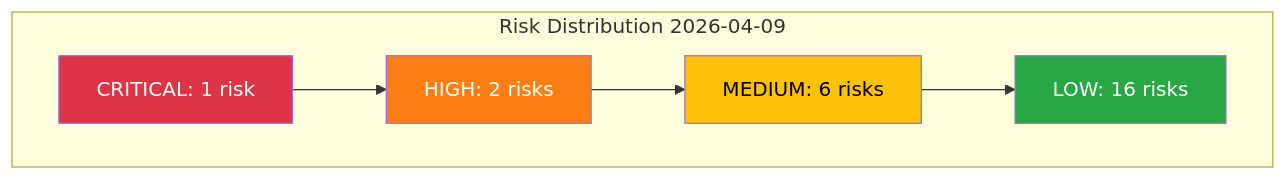
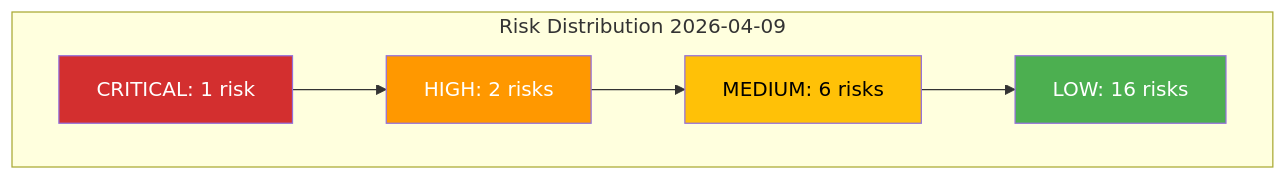
The diagram in analysis/daily/2026-04-09/realtime-1029/risk-assessment.md (Hack23/riksdagsmonitor), drawn with Mermaid before and after one commit. The commit also changed 785 other files, not shown here.

First line of the commit message:
Normalize mermaid colors across 786 analysis artifacts to ISMS Style Guide palette

````diff
--- a/analysis/daily/2026-04-09/realtime-1029/risk-assessment.md
+++ b/analysis/daily/2026-04-09/realtime-1029/risk-assessment.md
@@ -5,14 +5,14 @@
 ```mermaid
 graph TD
     subgraph Risk Distribution 2026-04-09
         C1[CRITICAL: 1 risk]
         H1[HIGH: 2 risks]
         M1[MEDIUM: 6 risks]
         L1[LOW: 16 risks]
     end
     C1 --> H1 --> M1 --> L1
-    style C1 fill:#dc3545,color:#ffffff
-    style H1 fill:#fd7e14,color:#ffffff
-    style M1 fill:#ffc107,color:#000000
-    style L1 fill:#28a745,color:#ffffff
+    style C1 fill:#D32F2F,color:#FFFFFF
+    style H1 fill:#FF9800,color:#FFFFFF
+    style M1 fill:#FFC107,color:#000000
+    style L1 fill:#4CAF50,color:#FFFFFF
 ```
````
